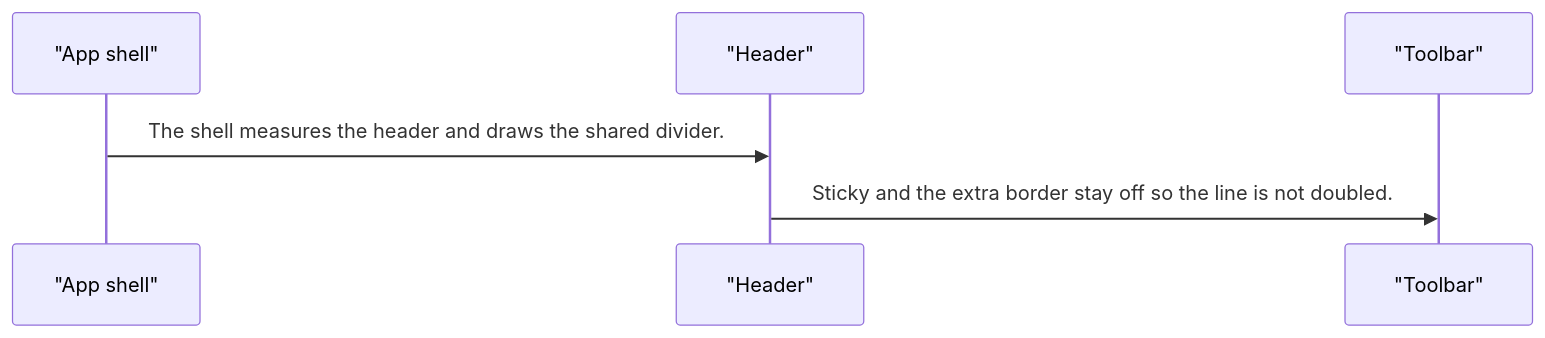
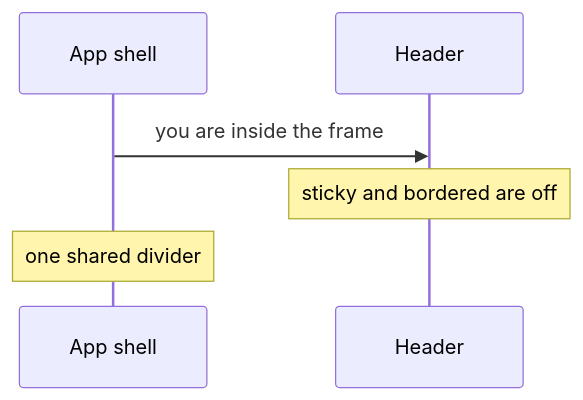
The third of 3 diagrams in projects/pixel-ui/src/lib/pixel-header/DESIGN.md (RajshekharBorate/pixel-ui), drawn with Mermaid before and after one commit. The commit also changed other lines of this file and 73 other files, not shown here.

Commit message:
Explain who owns each value and what each flow does in every component and service design.

````diff
--- a/projects/pixel-ui/src/lib/pixel-header/DESIGN.md
+++ b/projects/pixel-ui/src/lib/pixel-header/DESIGN.md
@@ -56,8 +70,8 @@
 ```mermaid
 sequenceDiagram
-  participant shell as "App shell"
-  participant header as "Header"
-  participant bar as "Toolbar"
-  shell->>header: The shell measures the header and draws the shared divider.
-  header->>bar: Sticky and the extra border stay off so the line is not doubled.
+  participant Shell as App shell
+  participant Header
+  Shell->>Header: you are inside the frame
+  Note over Header: sticky and bordered are off
+  Note over Shell: one shared divider
 ```
````
